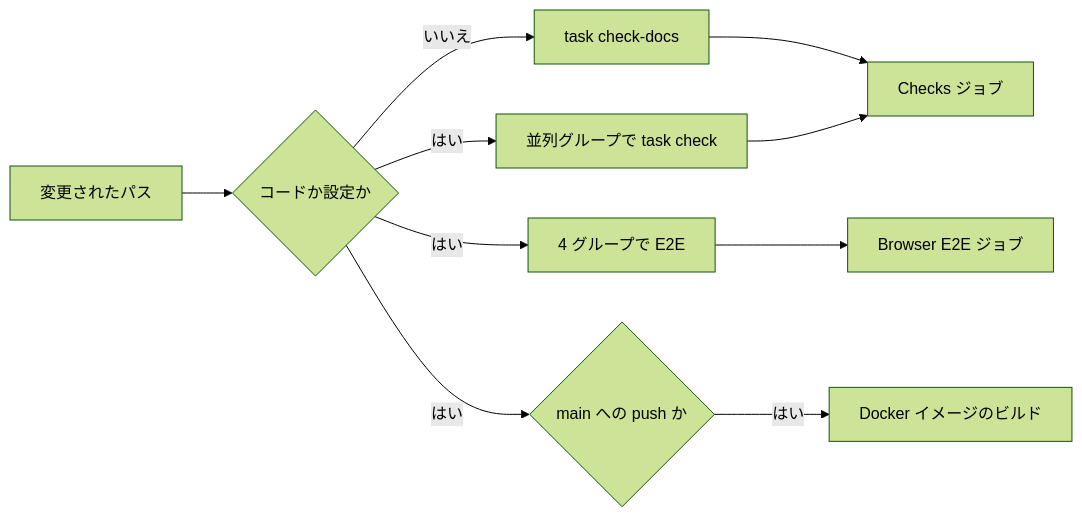
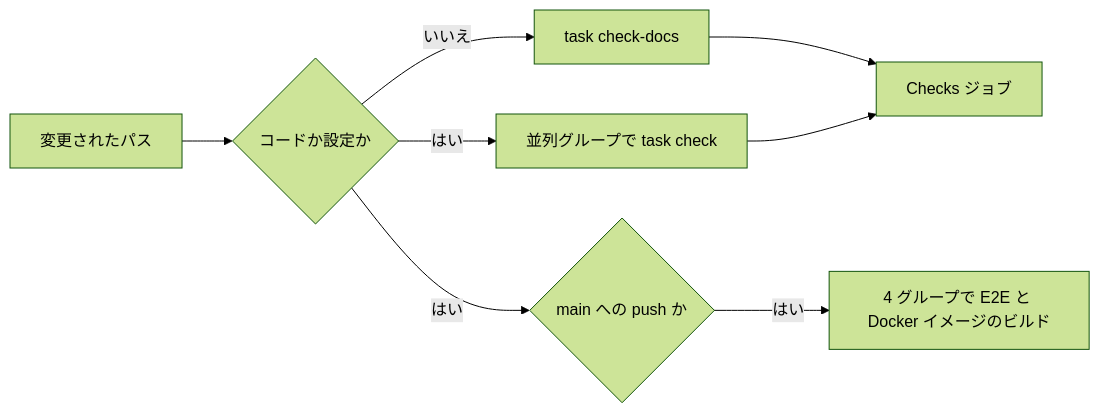
Before and after one commit to syudead/vv: the diagram in translations/ja/docs/how-to/development.md, drawn with Mermaid (forest theme). The commit also changed other lines of this file and 1 other file, not shown here.

Commit message:
Merge main and say E2E runs only on pushes to main
main now runs browser E2E only for a push to main, so the development
guide no longer shows E2E groups on a pull request.

Claude-Session: https://claude.ai/code/session_01Je7Z7gcK2aW9KLQJjBbtTw

````diff
--- a/translations/ja/docs/how-to/development.md
+++ b/translations/ja/docs/how-to/development.md
@@ -55,12 +55,10 @@
 ```mermaid
 flowchart LR
   change[変更されたパス] --> code{コードか設定か}
   code -->|いいえ| docs[task check-docs]
   code -->|はい| groups[並列グループで task check]
-  code -->|はい| e2e[4 グループで E2E]
   docs --> checks[Checks ジョブ]
   groups --> checks
-  e2e --> browser[Browser E2E ジョブ]
   code -->|はい| push{main への push か}
-  push -->|はい| image[Docker イメージのビルド]
+  push -->|はい| more[4 グループで E2E と Docker イメージのビルド]
 ```
````
